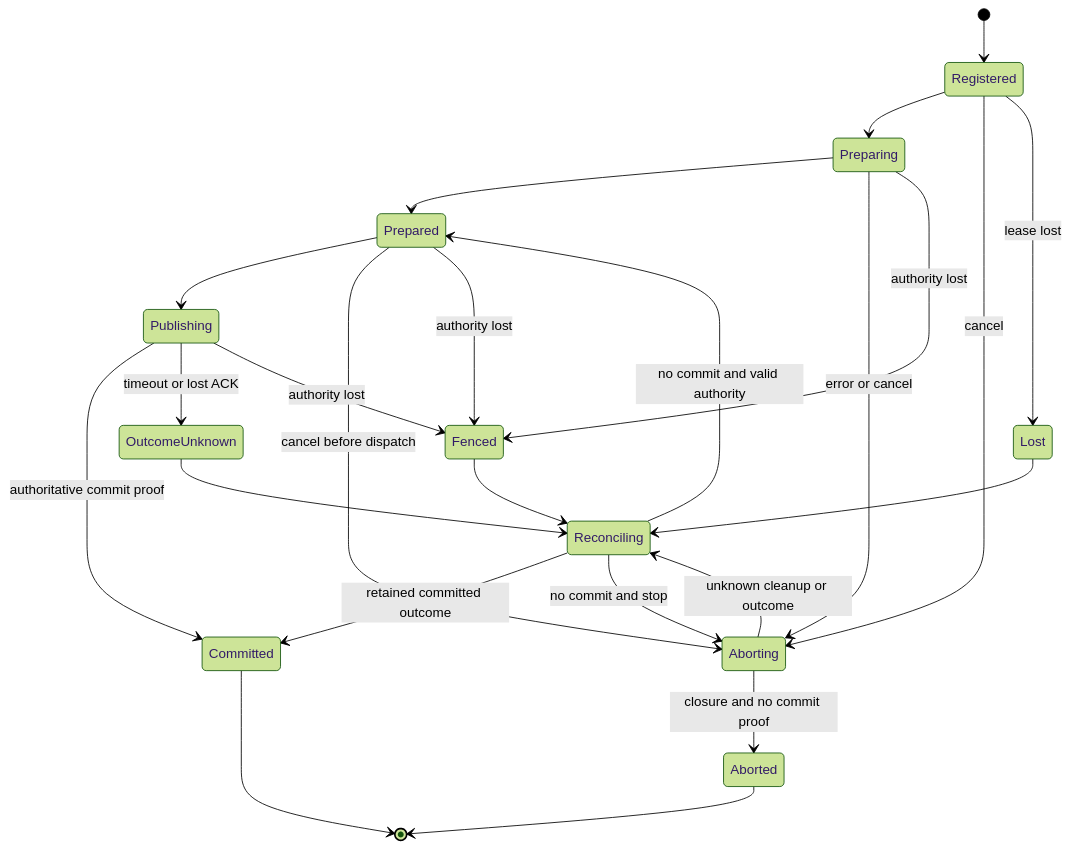
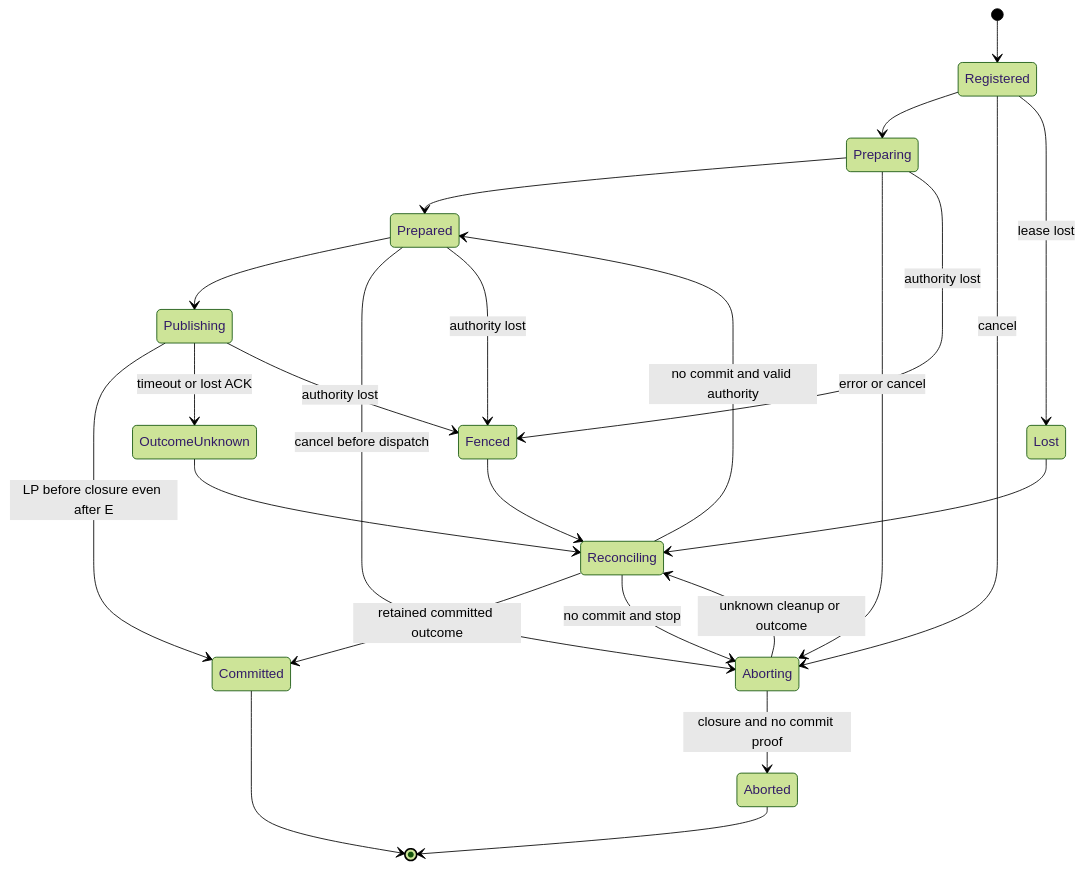
The second of 9 diagrams in docs/contracts/r1-and-cache.md (KinasTomes/miles), drawn with Mermaid (forest theme) before and after one commit. The commit also changed other lines of this file and 2 other files, not shown here.

````diff
--- a/docs/contracts/r1-and-cache.md
+++ b/docs/contracts/r1-and-cache.md
@@ -177,26 +182,26 @@
 ```mermaid
 stateDiagram-v2
     [*] --> Registered
     Registered --> Preparing
     Preparing --> Prepared
     Prepared --> Publishing
-    Publishing --> Committed: authoritative commit proof
+    Publishing --> Committed: LP before closure even after E
     Publishing --> OutcomeUnknown: timeout or lost ACK
     OutcomeUnknown --> Reconciling
     Reconciling --> Committed: retained committed outcome
     Reconciling --> Prepared: no commit and valid authority
     Reconciling --> Aborting: no commit and stop
     Registered --> Aborting: cancel
     Preparing --> Aborting: error or cancel
     Prepared --> Aborting: cancel before dispatch
     Aborting --> Aborted: closure and no commit proof
     Preparing --> Fenced: authority lost
     Prepared --> Fenced: authority lost
     Publishing --> Fenced: authority lost
     Registered --> Lost: lease lost
     Fenced --> Reconciling
     Lost --> Reconciling
     Aborting --> Reconciling: unknown cleanup or outcome
     Committed --> [*]
     Aborted --> [*]
 ```
````
